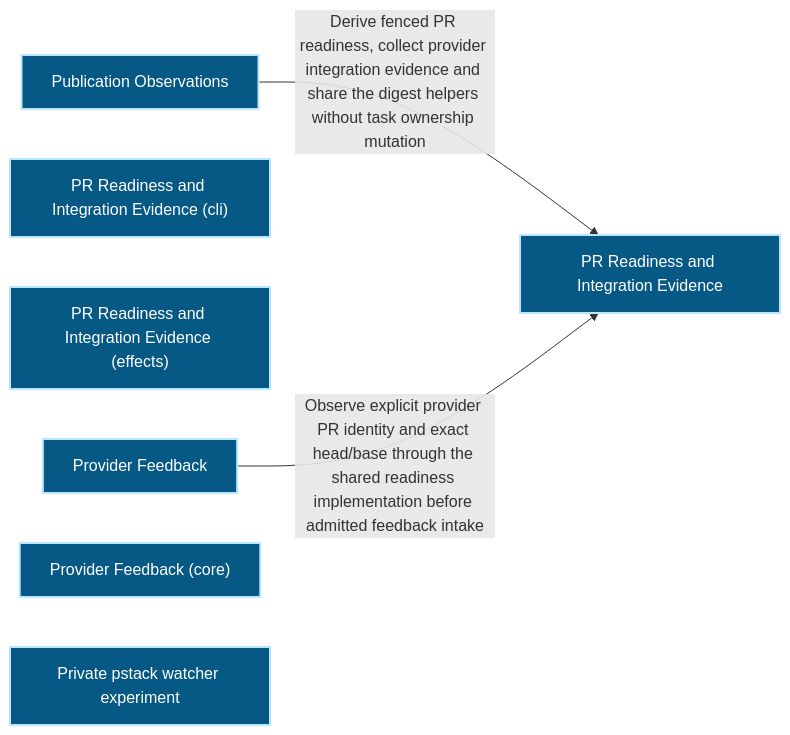
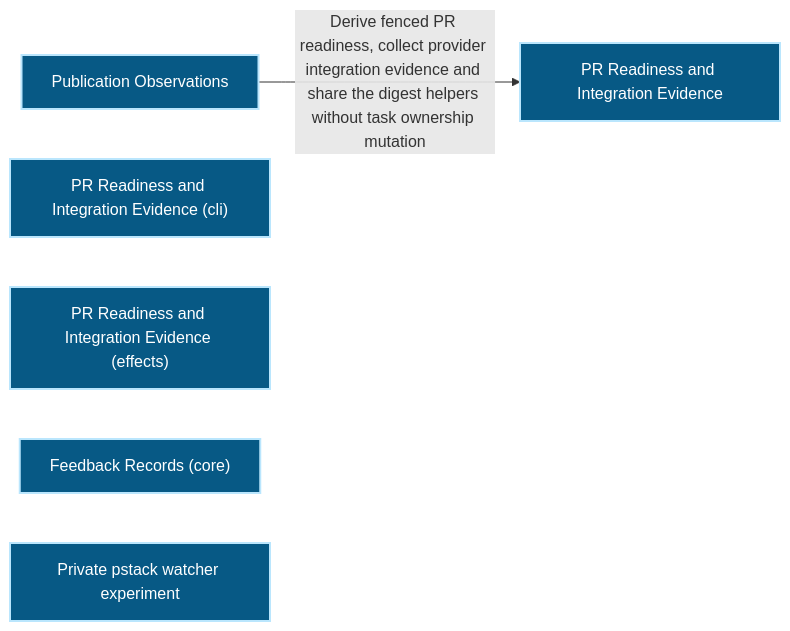
One commit to Ancienttwo/repo-harness changed the first of 2 diagrams in docs/architecture/modules/organization/publication.md. Above: the diagram before and after it, drawn with Mermaid. The commit also changed other lines of this file and 20 other files, not shown here.

First line of the commit message:
chore(projection): refresh generated architecture outputs for main@a81f342c0eb6

````diff
--- a/docs/architecture/modules/organization/publication.md
+++ b/docs/architecture/modules/organization/publication.md
@@ -16,16 +16,14 @@
 ```mermaid
 flowchart LR
   p1_capability_organization_publication_44355620["Publication Observations"]:::component
   p1_component_publication_primary_d7ca6a90["PR Readiness and Integration Evidence"]:::component
   p1_component_publication_primary_cli_a7b5a61d["PR Readiness and Integration Evidence (cli)"]:::component
   p1_component_publication_primary_effects_bd69bb4d["PR Readiness and Integration Evidence (effects)"]:::component
-  p1_component_publication_provider_feedback_f0705608["Provider Feedback"]:::component
-  p1_component_publication_provider_feedback_core_c57734cf["Provider Feedback (core)"]:::component
+  p1_component_publication_provider_feedback_core_c57734cf["Feedback Records (core)"]:::component
   p1_component_publication_pstack_watch_pr_experiment_194e9efb["Private pstack watcher experiment"]:::component
   p1_capability_organization_publication_44355620 -->|"Derive fenced PR readiness#44; collect provider integration evidence and share the digest helpers without task ownership mutation"| p1_component_publication_primary_d7ca6a90
-  p1_component_publication_provider_feedback_f0705608 -->|"Observe explicit provider PR identity and exact head/base through the shared readiness implementation before admitted feedback intake"| p1_component_publication_primary_d7ca6a90
   classDef actor fill:#111827,color:#ffffff,stroke:#f9fafb,stroke-width:2px
   classDef component fill:#075985,color:#ffffff,stroke:#bae6fd,stroke-width:2px
   classDef datastore fill:#3f6212,color:#ffffff,stroke:#d9f99d,stroke-width:2px
   classDef external fill:#7c2d12,color:#ffffff,stroke:#fed7aa,stroke-width:2px
 ```
````
